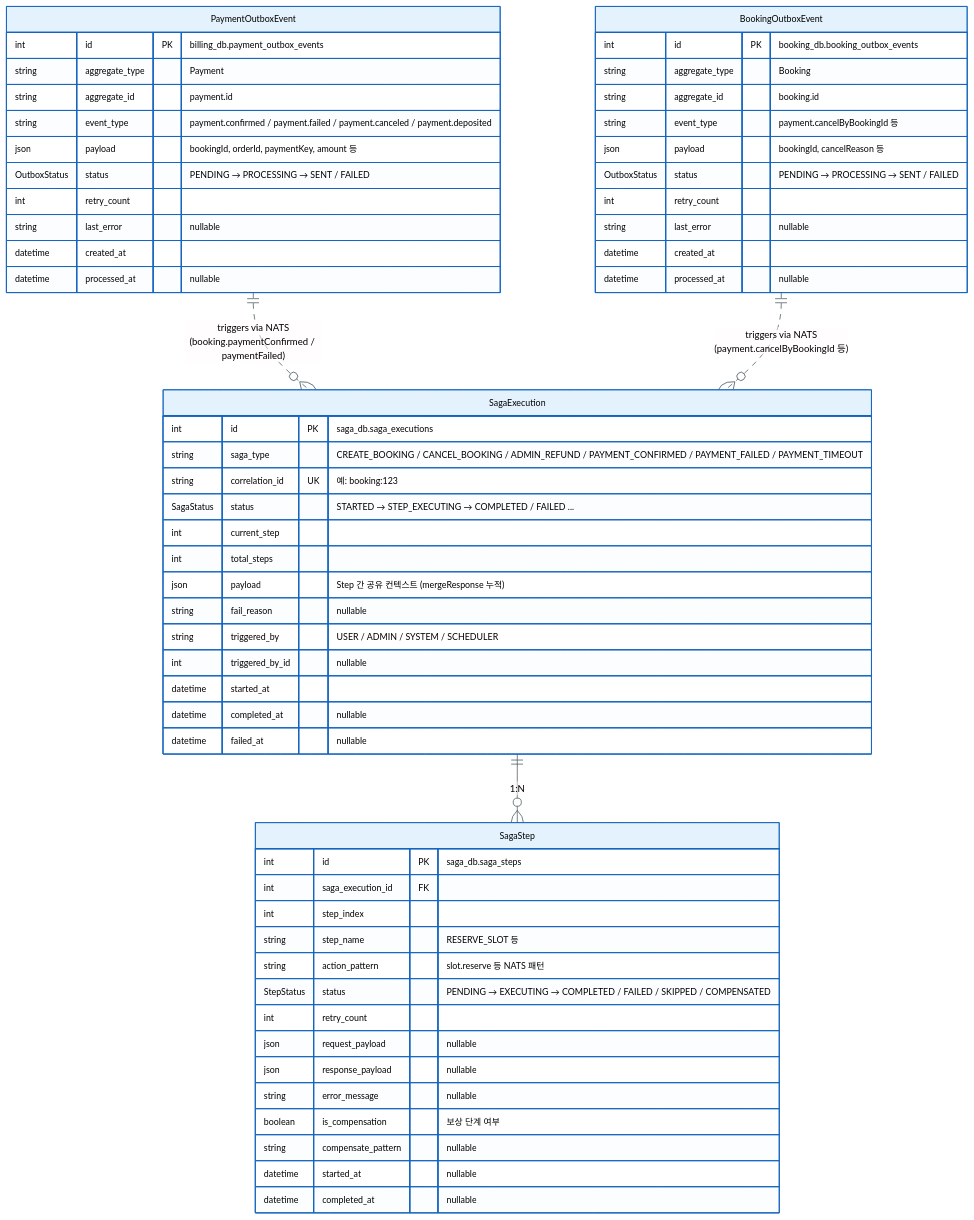
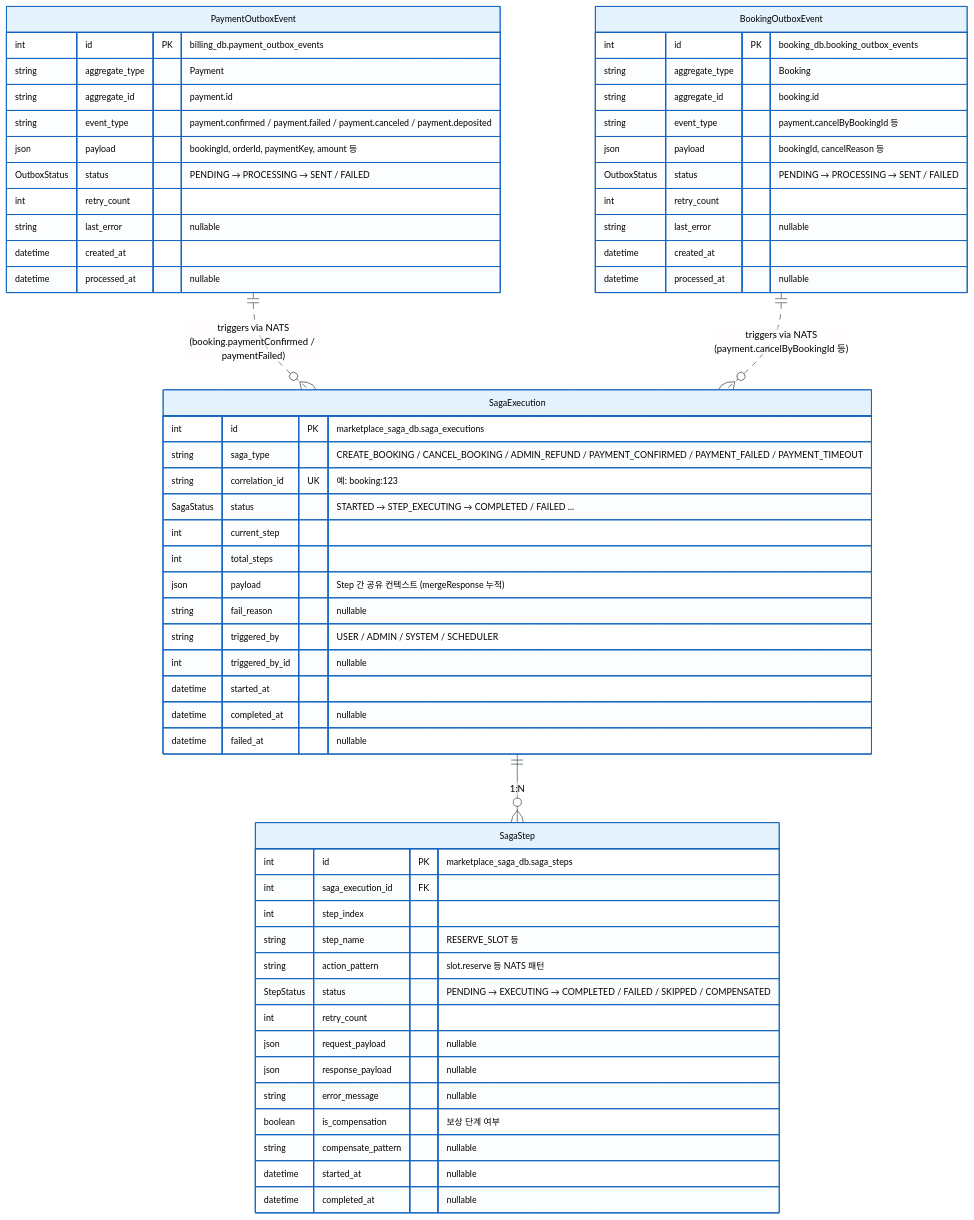
One commit to uniyous/parkgolf-platform changed the third of 9 diagrams in docs/workflow/saga.md. Above: the diagram before and after it, drawn with Mermaid. The commit also changed other lines of this file and 13 other files, not shown here.

First line of the commit message:
refactor(saga): DB명 saga_db → marketplace_saga_db 리네임 (UNI-127)

````diff
--- a/docs/workflow/saga.md
+++ b/docs/workflow/saga.md
@@ -146,66 +146,66 @@
 ```mermaid
 %%{init: {'theme':'base','themeVariables':{'primaryColor':'#E3F2FD','primaryTextColor':'#000','primaryBorderColor':'#1565C0','lineColor':'#37474F','fontSize':'13px'}}}%%
 erDiagram
     SagaExecution ||--o{ SagaStep : "1:N"
     PaymentOutboxEvent ||..o{ SagaExecution : "triggers via NATS<br/>(booking.paymentConfirmed / paymentFailed)"
     BookingOutboxEvent ||..o{ SagaExecution : "triggers via NATS<br/>(payment.cancelByBookingId 등)"
 
     SagaExecution {
-        int id PK "saga_db.saga_executions"
+        int id PK "marketplace_saga_db.saga_executions"
         string saga_type "CREATE_BOOKING / CANCEL_BOOKING / ADMIN_REFUND / PAYMENT_CONFIRMED / PAYMENT_FAILED / PAYMENT_TIMEOUT"
         string correlation_id UK "예: booking:123"
         SagaStatus status "STARTED → STEP_EXECUTING → COMPLETED / FAILED ..."
         int current_step
         int total_steps
         json payload "Step 간 공유 컨텍스트 (mergeResponse 누적)"
         string fail_reason "nullable"
         string triggered_by "USER / ADMIN / SYSTEM / SCHEDULER"
         int triggered_by_id "nullable"
         datetime started_at
         datetime completed_at "nullable"
         datetime failed_at "nullable"
     }
 
     SagaStep {
-        int id PK "saga_db.saga_steps"
+        int id PK "marketplace_saga_db.saga_steps"
         int saga_execution_id FK
         int step_index
         string step_name "RESERVE_SLOT 등"
         string action_pattern "slot.reserve 등 NATS 패턴"
         StepStatus status "PENDING → EXECUTING → COMPLETED / FAILED / SKIPPED / COMPENSATED"
         int retry_count
         json request_payload "nullable"
         json response_payload "nullable"
         string error_message "nullable"
         boolean is_compensation "보상 단계 여부"
         string compensate_pattern "nullable"
         datetime started_at "nullable"
         datetime completed_at "nullable"
     }
 
     PaymentOutboxEvent {
         int id PK "billing_db.payment_outbox_events"
         string aggregate_type "Payment"
         string aggregate_id "payment.id"
         string event_type "payment.confirmed / payment.failed / payment.canceled / payment.deposited"
         json payload "bookingId, orderId, paymentKey, amount 등"
         OutboxStatus status "PENDING → PROCESSING → SENT / FAILED"
         int retry_count
         string last_error "nullable"
         datetime created_at
         datetime processed_at "nullable"
     }
 
     BookingOutboxEvent {
         int id PK "booking_db.booking_outbox_events"
         string aggregate_type "Booking"
         string aggregate_id "booking.id"
         string event_type "payment.cancelByBookingId 등"
         json payload "bookingId, cancelReason 등"
         OutboxStatus status "PENDING → PROCESSING → SENT / FAILED"
         int retry_count
         string last_error "nullable"
         datetime created_at
         datetime processed_at "nullable"
     }
 ```
````
